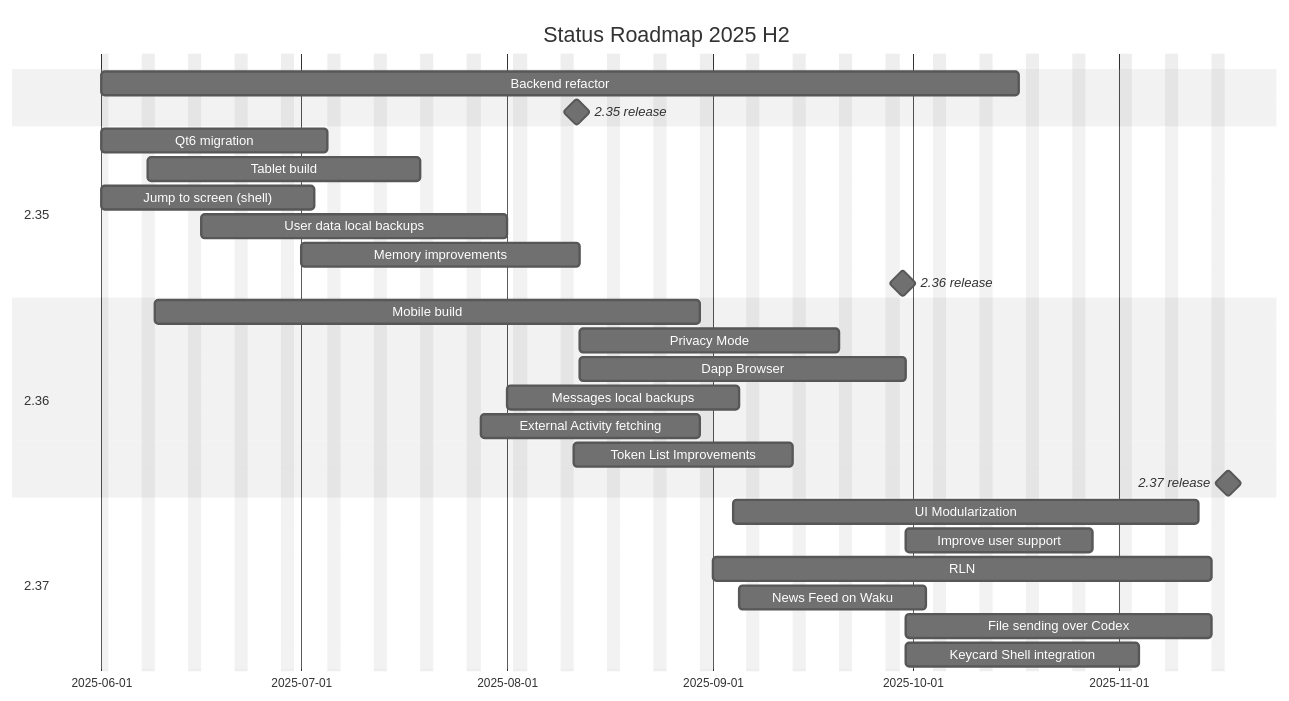
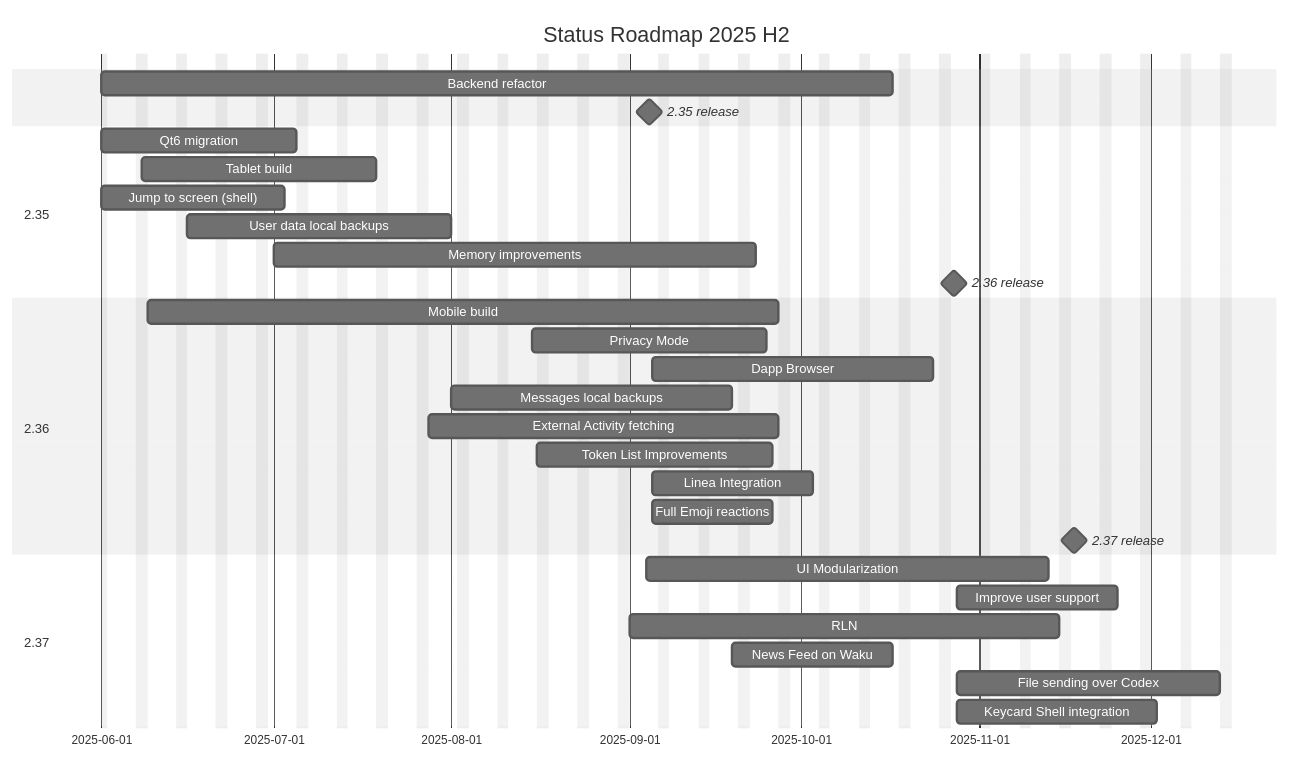
The diagram in docs/roadmap.md (status-im/status-desktop), drawn with Mermaid (neutral theme) before and after one commit. The commit also changed other lines of this file, not shown here.

Commit message:
docs(roadmap): update roadmap and progress

````diff
--- a/docs/roadmap.md
+++ b/docs/roadmap.md
@@ -19,38 +19,40 @@
 ```mermaid
 gantt
     title Status Roadmap 2025 H2
     excludes    weekends
     dateFormat  YYYY-MM-DD
 
     Backend refactor        :2025-06-01, 100d
 
-    2.35 release :milestone, m235, 2025-08-11, 1d
+    2.35 release :milestone, m235, 2025-09-04, 1d
 
     section 2.35
     Qt6 migration           :2025-06-01, 26d
     Tablet build            :t1, 2025-06-08, 31d
     Jump to screen (shell)  :2025-06-01, 24d
     User data local backups :lb1, 2025-06-16, 34d
-    Memory improvements     :mi1, 2025-07-01, 30d
+    Memory improvements     :mi1, 2025-07-01, 60d
 
-    2.36 release            :milestone, m236, 2025-09-29, 1d
+    2.36 release            :milestone, m236, 2025-10-27, 1d
 
     section 2.36
-    Mobile build            :2025-06-09, 60d
-    Privacy Mode            :after m235, 29d
+    Mobile build            :2025-06-09, 80d
+    Privacy Mode            :2025-08-15, 29d
     Dapp Browser            :after m235, 35d
-    Messages local backups  :mlb, after lb1, 25d
-    External Activity fetching :2025-07-28, 25d
-    Token List Improvements  :2025-08-11, 25d
+    Messages local backups  :mlb, after lb1, 35d
+    External Activity fetching :2025-07-28, 45d
+    Token List Improvements  :2025-08-16, 30d
+    Linea Integration       :after m235, 20d
+    Full Emoji reactions    :after m235, 15d
 
     2.37 release             :milestone, m237, 2025-11-17, 1d
 
     section 2.37
     UI Modularization           :2025-09-04, 50d
     Improve user support        :after m236, 20d
     RLN                         :2025-09-01, 55d
     News Feed on Waku           :after mlb,  20d
     File sending over Codex     :after m236, 34d
     Keycard Shell integration   :after m236, 25d
 
 ```
````
